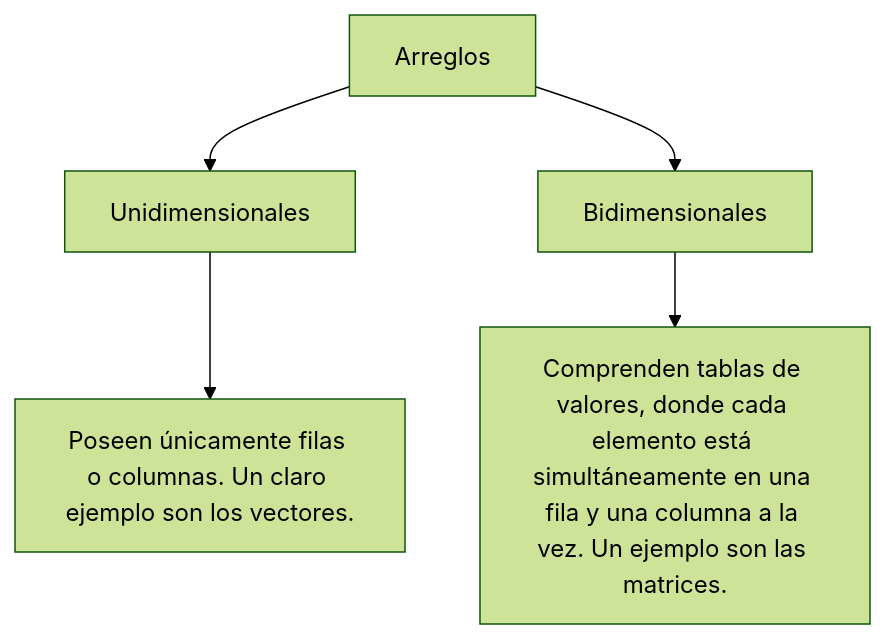
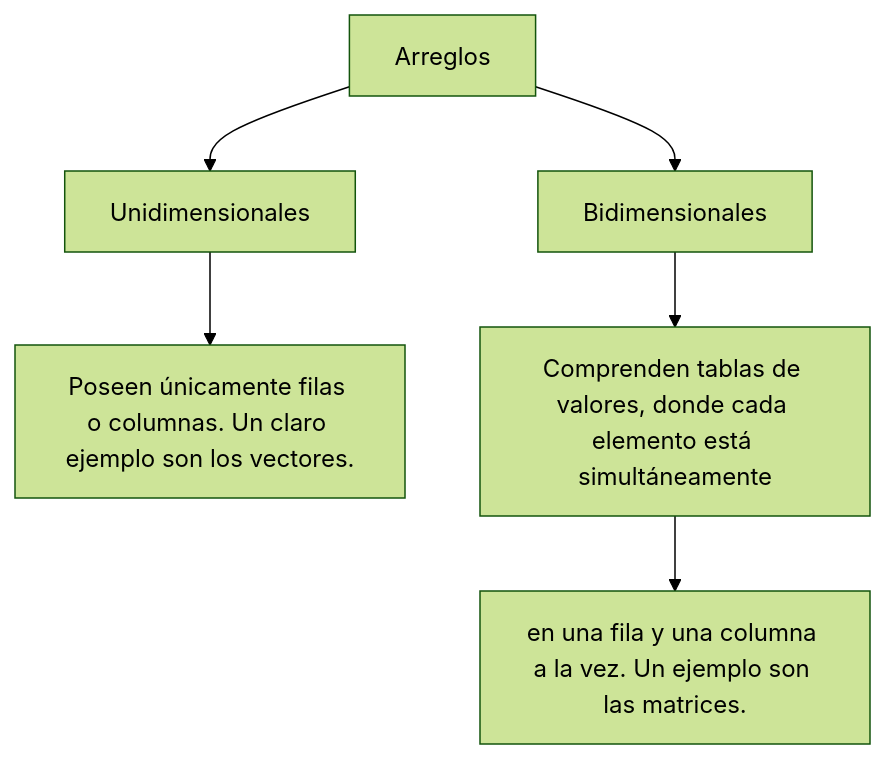
Before and after one commit to AbnerJosue/bases-java: the second of 2 diagrams in README.md, drawn with Mermaid (forest theme).

````diff
--- a/README.md
+++ b/README.md
@@ -112,7 +112,8 @@
 ```mermaid
 graph TD
     A[Arreglos] --> B[Unidimensionales]
     A[Arreglos] --> C[Bidimensionales]
     B --> D[Poseen únicamente filas o columnas. Un claro ejemplo son los vectores.]
-    C --> E[Comprenden tablas de valores, donde cada elemento está simultáneamente en una fila y una columna a la vez. Un ejemplo son las matrices.]
+    C --> E[Comprenden tablas de valores, donde cada elemento está simultáneamente]
+    E --> F[en una fila y una columna a la vez. Un ejemplo son las matrices.]
 ```
````
